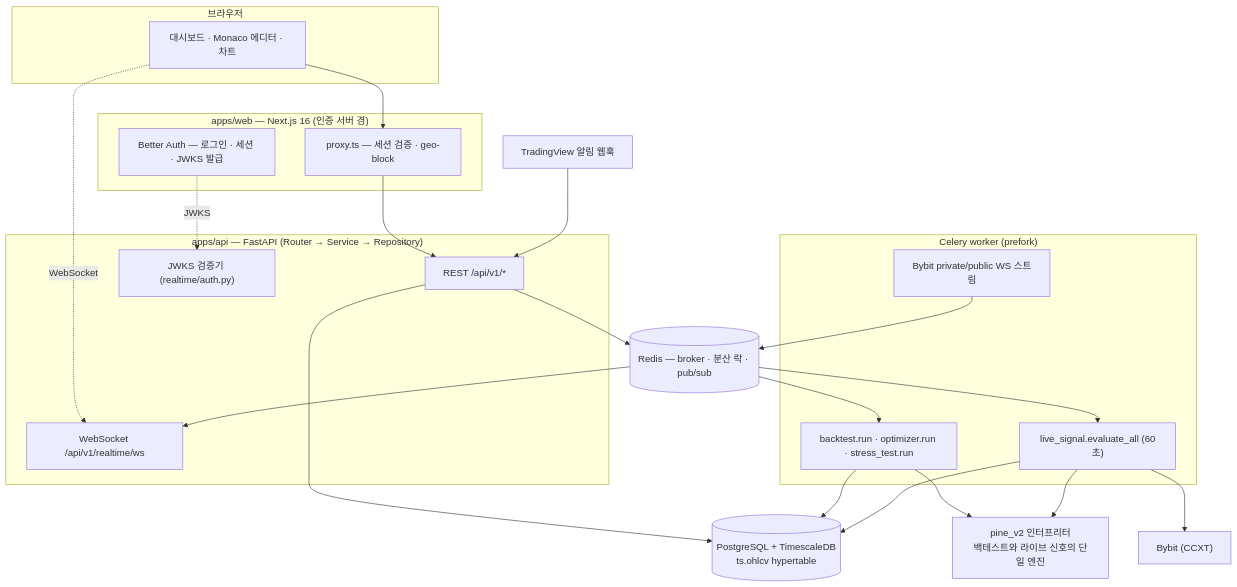
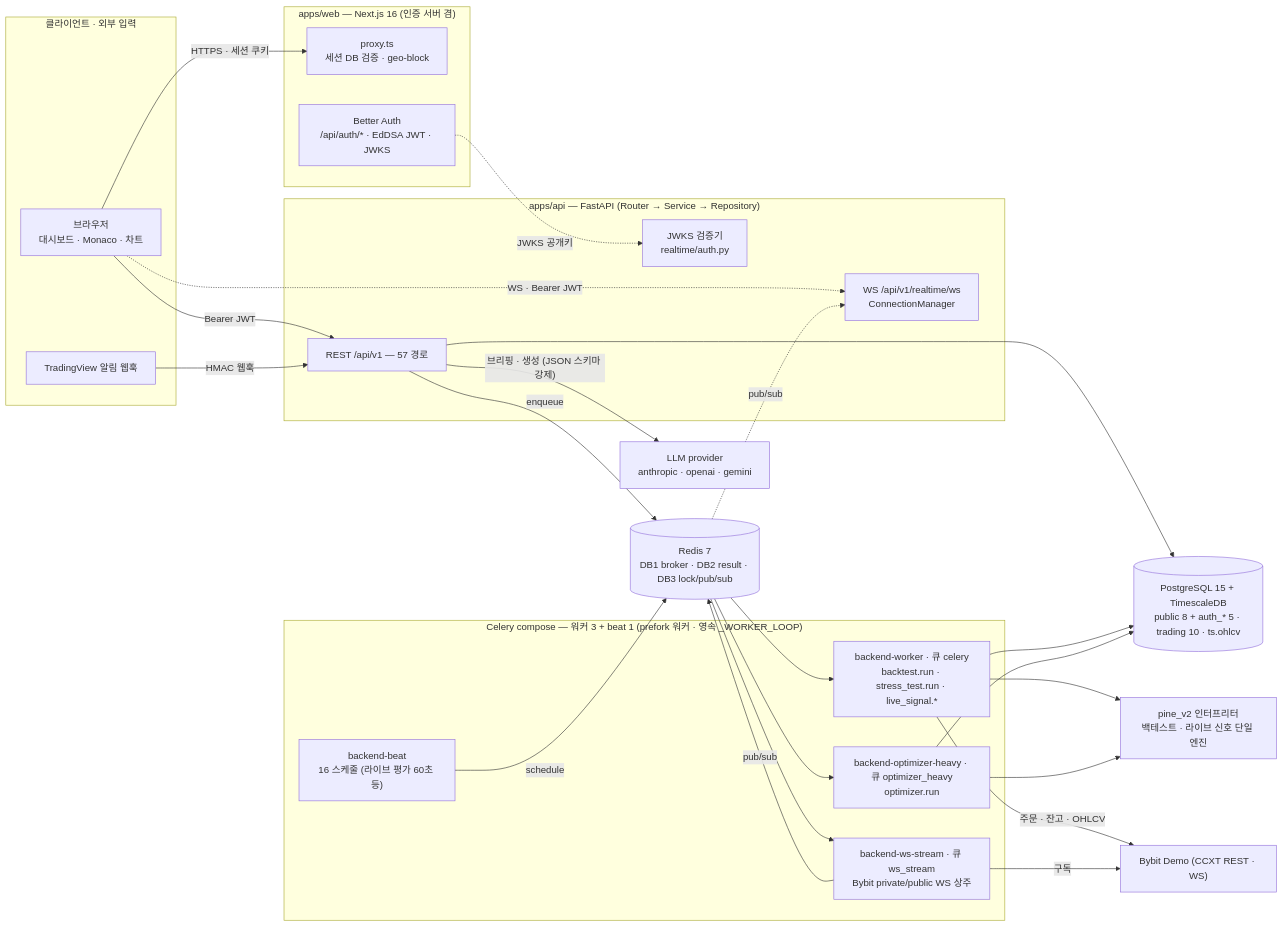
Before and after one commit to woosung-dev/quantbridge: the first of 2 diagrams in README.md, drawn with Mermaid. The commit also changed other lines of this file and 11 other files, not shown here.

First line of the commit message:
docs(architecture): 아키텍처 · DB · 레포 구조 재조사 — 24 테이블 실측 + Archify 3장 (PR #864 와 독립) (#865)

````diff
--- a/README.md
+++ b/README.md
@@ -80,46 +87,53 @@
 ```mermaid
-flowchart TB
-    subgraph Browser["브라우저"]
-        UI["대시보드 · Monaco 에디터 · 차트"]
+flowchart LR
+    subgraph Client["클라이언트 · 외부 입력"]
+        UI["브라우저<br/>대시보드 · Monaco · 차트"]
+        TV["TradingView 알림 웹훅"]
     end
 
     subgraph Web["apps/web — Next.js 16 (인증 서버 겸)"]
-        PROXY["proxy.ts — 세션 검증 · geo-block"]
-        BA["Better Auth — 로그인 · 세션 · JWKS 발급"]
+        PROXY["proxy.ts<br/>세션 DB 검증 · geo-block"]
+        BA["Better Auth<br/>/api/auth/* · EdDSA JWT · JWKS"]
     end
 
     subgraph Api["apps/api — FastAPI (Router → Service → Repository)"]
-        REST["REST /api/v1/*"]
-        JWTV["JWKS 검증기 (realtime/auth.py)"]
-        WSR["WebSocket /api/v1/realtime/ws"]
+        REST["REST /api/v1 — 57 경로"]
+        JWTV["JWKS 검증기<br/>realtime/auth.py"]
+        WSR["WS /api/v1/realtime/ws<br/>ConnectionManager"]
     end
 
-    subgraph Worker["Celery worker (prefork)"]
-        JOBS["backtest.run · optimizer.run · stress_test.run"]
-        LIVE["live_signal.evaluate_all (60초)"]
-        STREAM["Bybit private/public WS 스트림"]
+    subgraph Workers["Celery compose — 워커 3 + beat 1 (prefork 워커 · 영속 _WORKER_LOOP)"]
+        W["backend-worker · 큐 celery<br/>backtest.run · stress_test.run · live_signal.*"]
+        H["backend-optimizer-heavy · 큐 optimizer_heavy<br/>optimizer.run"]
+        S["backend-ws-stream · 큐 ws_stream<br/>Bybit private/public WS 상주"]
+        B["backend-beat<br/>16 스케줄 (라이브 평가 60초 등)"]
     end
 
-    PINE["pine_v2 인터프리터<br/>백테스트와 라이브 신호의 단일 엔진"]
+    PINE["pine_v2 인터프리터<br/>백테스트 · 라이브 신호 단일 엔진"]
 
-    PG[("PostgreSQL + TimescaleDB<br/>ts.ohlcv hypertable")]
-    REDIS[("Redis — broker · 분산 락 · pub/sub")]
-    BYBIT["Bybit (CCXT)"]
-    TV["TradingView 알림 웹훅"]
+    PG[("PostgreSQL 15 + TimescaleDB<br/>public 8 + auth_* 5 · trading 10 · ts.ohlcv")]
+    REDIS[("Redis 7<br/>DB1 broker · DB2 result · DB3 lock/pub/sub")]
+    BYBIT["Bybit Demo (CCXT REST · WS)"]
+    LLM["LLM provider<br/>anthropic · openai · gemini"]
 
-    UI --> PROXY --> REST
-    UI -. WebSocket .-> WSR
-    BA -. JWKS .-> JWTV
-    TV --> REST
+    UI -- "HTTPS · 세션 쿠키" --> PROXY
+    UI -- "Bearer JWT" --> REST
+    UI -. "WS · Bearer JWT" .-> WSR
+    BA -. "JWKS 공개키" .-> JWTV
+    TV -- "HMAC 웹훅" --> REST
     REST --> PG
-    REST --> REDIS
-    REDIS --> JOBS
-    REDIS --> LIVE
-    JOBS --> PINE
-    LIVE --> PINE
-    JOBS --> PG
-    LIVE --> BYBIT
-    STREAM --> REDIS
-    REDIS --> WSR
-    LIVE --> PG
+    REST -- "enqueue" --> REDIS
+    REST -- "브리핑 · 생성 (JSON 스키마 강제)" --> LLM
+    B -- "schedule" --> REDIS
+    REDIS --> W
+    REDIS --> H
+    REDIS --> S
+    W --> PINE
+    H --> PINE
+    W --> PG
+    H --> PG
+    W -- "주문 · 잔고 · OHLCV" --> BYBIT
+    S -- "구독" --> BYBIT
+    S -- "pub/sub" --> REDIS
+    REDIS -. "pub/sub" .-> WSR
 ```
````
